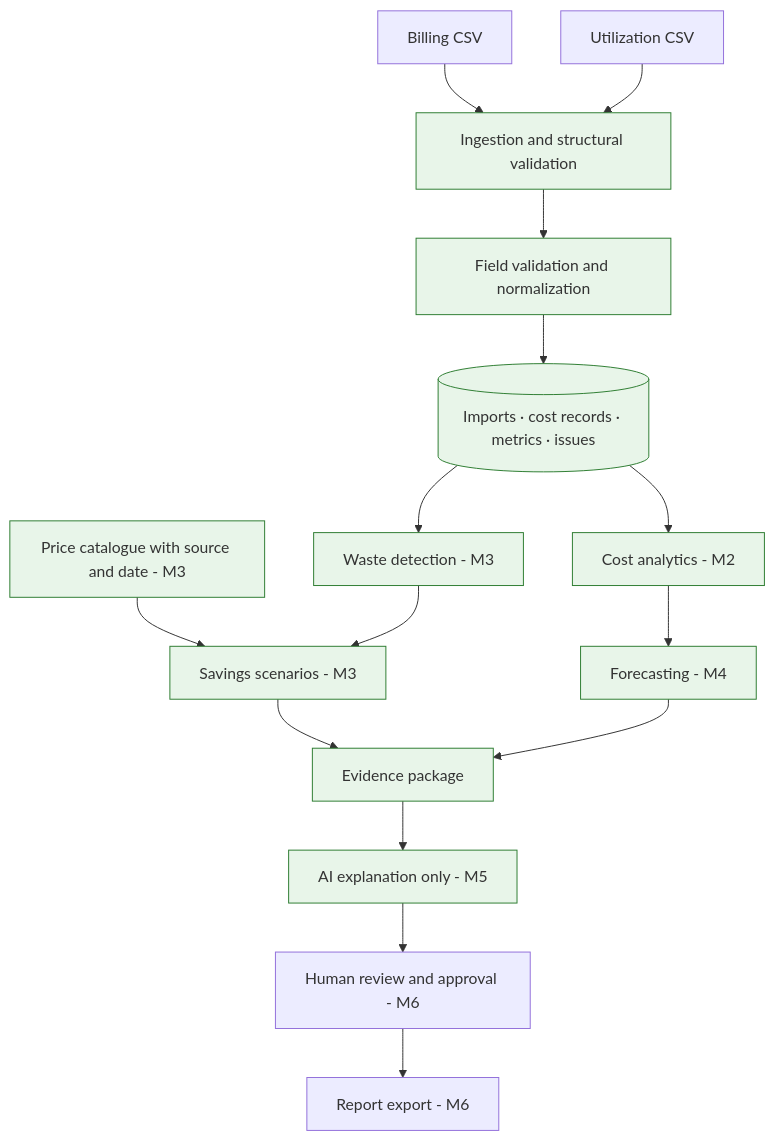
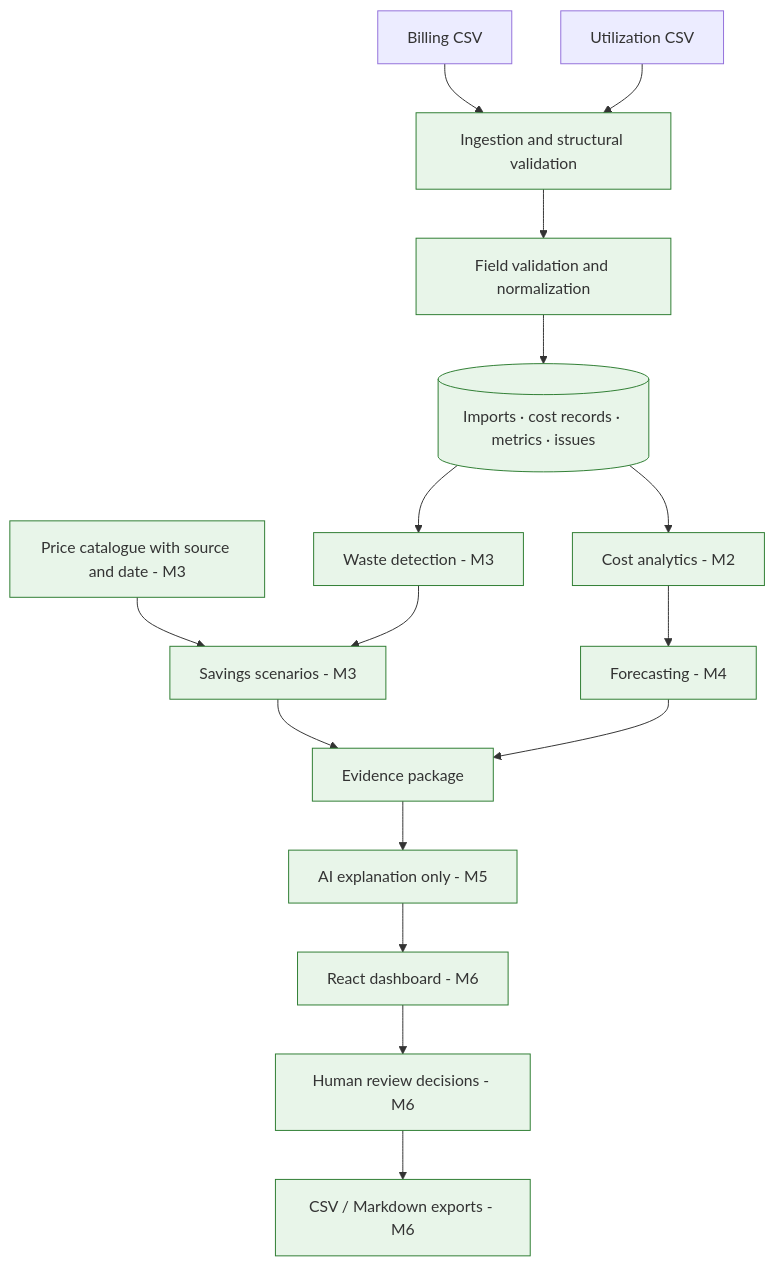
Before and after one commit to bharath609/CloudPilot.ai: the diagram in README.md, drawn with Mermaid. The commit also changed other lines of this file and 64 other files, not shown here.

First line of the commit message:
feat: add dashboard, review decisions and exports (M6)

````diff
--- a/README.md
+++ b/README.md
@@ -57,28 +63,32 @@
 ```mermaid
 flowchart TD
   A[Billing CSV] --> B[Ingestion and structural validation]
   C[Utilization CSV] --> B
   B --> D[Field validation and normalization]
   D --> E[(Imports · cost records · metrics · issues)]
   E --> F[Cost analytics - M2]
   E --> G[Waste detection - M3]
   P[Price catalogue with source and date - M3] --> H[Savings scenarios - M3]
   G --> H
   F --> I[Forecasting - M4]
   H --> J[Evidence package]
   I --> J
   J --> K[AI explanation only - M5]
-  K --> L[Human review and approval - M6]
-  L --> M[Report export - M6]
+  K --> L[React dashboard - M6]
+  L --> M[Human review decisions - M6]
+  M --> N[CSV / Markdown exports - M6]
 
   style B fill:#e8f5e9,stroke:#2e7d32
   style D fill:#e8f5e9,stroke:#2e7d32
   style E fill:#e8f5e9,stroke:#2e7d32
   style F fill:#e8f5e9,stroke:#2e7d32
   style G fill:#e8f5e9,stroke:#2e7d32
   style H fill:#e8f5e9,stroke:#2e7d32
   style I fill:#e8f5e9,stroke:#2e7d32
   style J fill:#e8f5e9,stroke:#2e7d32
   style K fill:#e8f5e9,stroke:#2e7d32
   style P fill:#e8f5e9,stroke:#2e7d32
+  style L fill:#e8f5e9,stroke:#2e7d32
+  style M fill:#e8f5e9,stroke:#2e7d32
+  style N fill:#e8f5e9,stroke:#2e7d32
 ```
````
